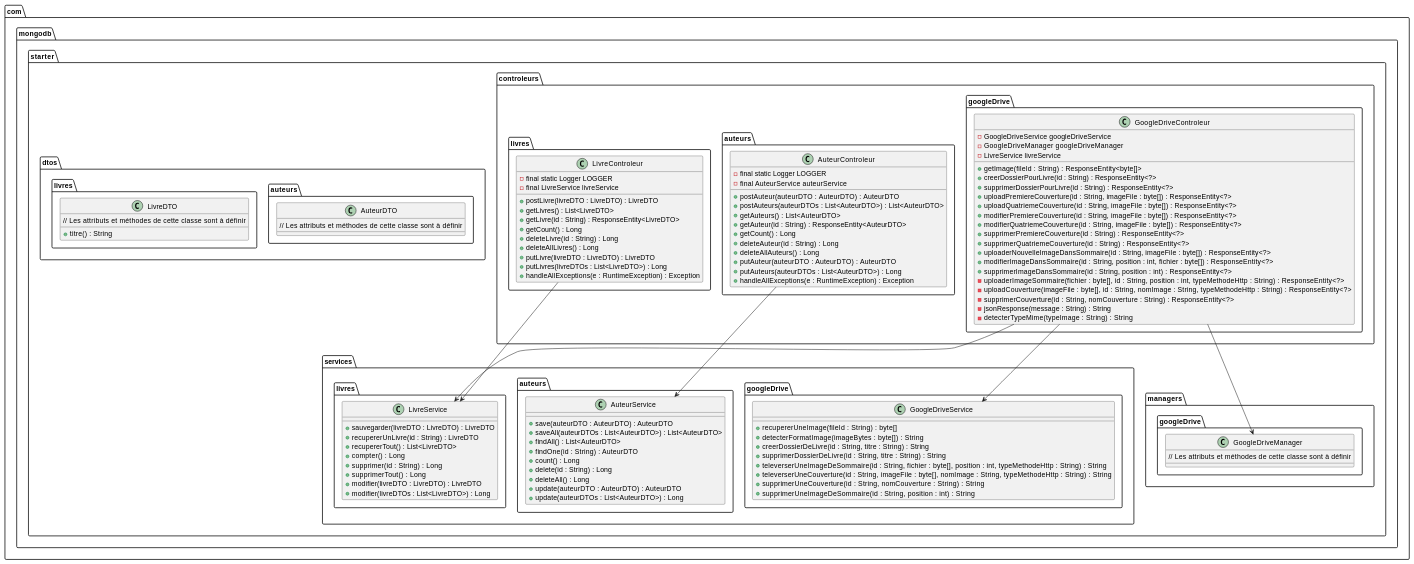
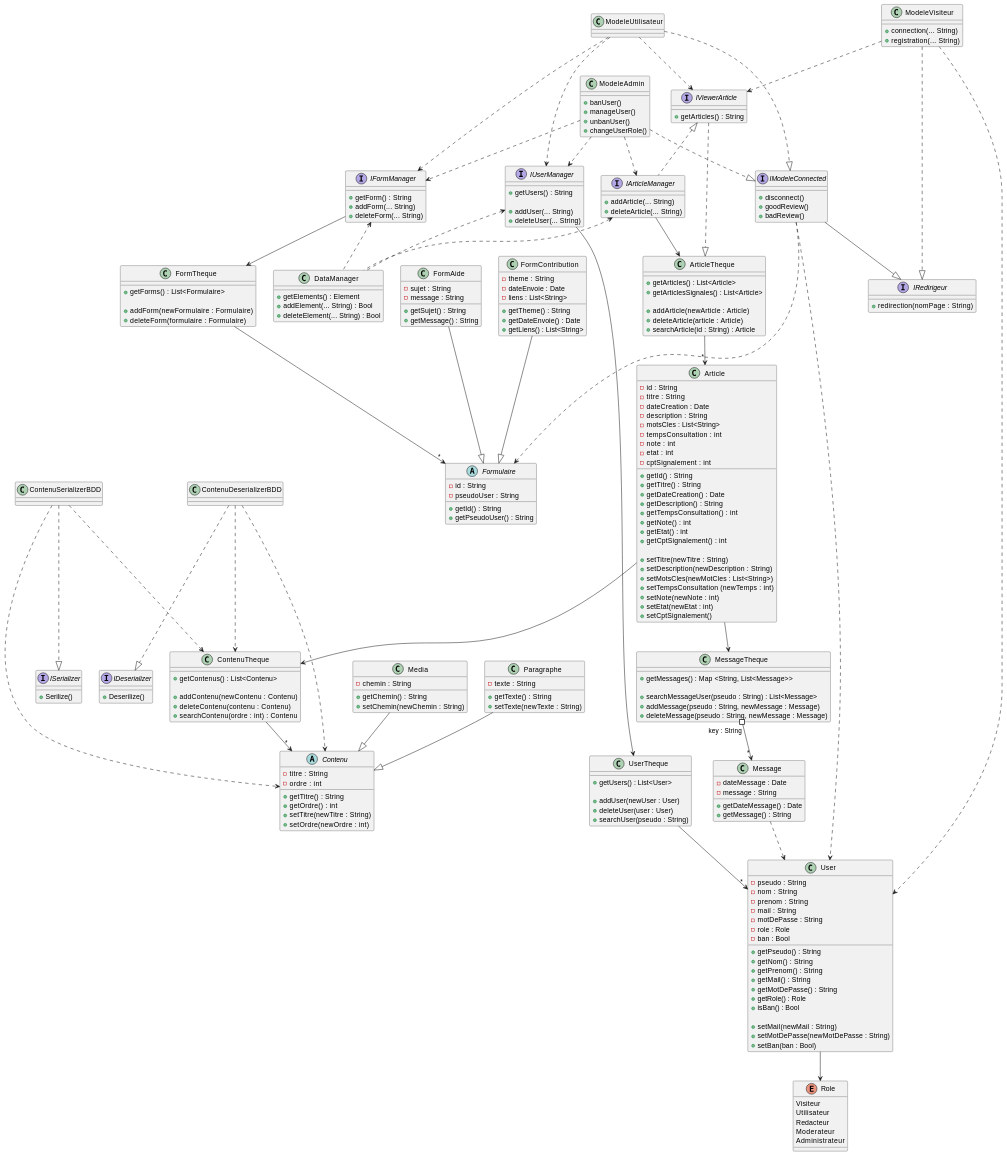
Before and after one commit to Siwa12100/Archius: the diagram in src/ioa/diagclasses.md, drawn with PlantUML. The commit also changed other lines of this file and 1 other file, not shown here.

````diff
--- a/src/ioa/diagclasses.md
+++ b/src/ioa/diagclasses.md
@@ -1,126 +2,278 @@
+```plantuml
 @startuml
 
-package com.mongodb.starter.controleurs.auteurs {
-    class AuteurControleur {
-        - final static Logger LOGGER
-        - final AuteurService auteurService
-        + postAuteur(auteurDTO : AuteurDTO) : AuteurDTO
-        + postAuteurs(auteurDTOs : List<AuteurDTO>) : List<AuteurDTO>
-        + getAuteurs() : List<AuteurDTO>
-        + getAuteur(id : String) : ResponseEntity<AuteurDTO>
-        + getCount() : Long
-        + deleteAuteur(id : String) : Long
-        + deleteAllAuteurs() : Long
-        + putAuteur(auteurDTO : AuteurDTO) : AuteurDTO
-        + putAuteurs(auteurDTOs : List<AuteurDTO>) : Long
-        + handleAllExceptions(e : RuntimeException) : Exception
-    }
+class ContenuTheque{
+    + getContenus() : List<Contenu>
+
+    + addContenu(newContenu : Contenu)
+    + deleteContenu(contenu : Contenu)
+    + searchContenu(ordre : int) : Contenu
 }
 
-package com.mongodb.starter.controleurs.googleDrive {
-    class GoogleDriveControleur {
-        - GoogleDriveService googleDriveService
-        - GoogleDriveManager googleDriveManager
-        - LivreService livreService
-        + getImage(fileId : String) : ResponseEntity<byte[]>
-        + creerDossierPourLivre(id : String) : ResponseEntity<?>
-        + supprimerDossierPourLivre(id : String) : ResponseEntity<?>
-        + uploadPremiereCouverture(id : String, imageFile : byte[]) : ResponseEntity<?>
-        + uploadQuatriemeCouverture(id : String, imageFile : byte[]) : ResponseEntity<?>
-        + modifierPremiereCouverture(id : String, imageFile : byte[]) : ResponseEntity<?>
-        + modifierQuatriemeCouverture(id : String, imageFile : byte[]) : ResponseEntity<?>
-        + supprimerPremiereCouverture(id : String) : ResponseEntity<?>
-        + supprimerQuatriemeCouverture(id : String) : ResponseEntity<?>
-        + uploaderNouvelleImageDansSommaire(id : String, imageFile : byte[]) : ResponseEntity<?>
-        + modifierImageDansSommaire(id : String, position : int, fichier : byte[]) : ResponseEntity<?>
-        + supprimerImageDansSommaire(id : String, position : int) : ResponseEntity<?>
-        - uploaderImageSommaire(fichier : byte[], id : String, position : int, typeMethodeHttp : String) : ResponseEntity<?>
-        - uploadCouverture(imageFile : byte[], id : String, nomImage : String, typeMethodeHttp : String) : ResponseEntity<?>
-        - supprimerCouverture(id : String, nomCouverture : String) : ResponseEntity<?>
-        - jsonResponse(message : String) : String
-        - detecterTypeMime(typeImage : String) : String
-    }
+abstract class Contenu{
+    - titre : String
+    - ordre : int
+    
+    + getTitre() : String
+    + getOrdre() : int
+    + setTitre(newTitre : String)
+    + setOrdre(newOrdre : int)
 }
 
-package com.mongodb.starter.controleurs.livres {
-    class LivreControleur {
-        - final static Logger LOGGER
-        - final LivreService livreService
-        + postLivre(livreDTO : LivreDTO) : LivreDTO
-        + getLivres() : List<LivreDTO>
-        + getLivre(id : String) : ResponseEntity<LivreDTO>
-        + getCount() : Long
-        + deleteLivre(id : String) : Long
-        + deleteAllLivres() : Long
-        + putLivre(livreDTO : LivreDTO) : LivreDTO
-        + putLivres(livreDTOs : List<LivreDTO>) : Long
-        + handleAllExceptions(e : RuntimeException) : Exception
-    }
+class Media{
+    - chemin : String
+
+    + getChemin() : String
+    + setChemin(newChemin : String)
 }
 
-package com.mongodb.starter.dtos.auteurs {
-    class AuteurDTO {
-        // Les attributs et méthodes de cette classe sont à définir
-    }
+class Paragraphe{
+    - texte : String
+
+    + getTexte() : String
+    + setTexte(newTexte : String)
 }
 
-package com.mongodb.starter.services.auteurs {
-    class AuteurService {
-        + save(auteurDTO : AuteurDTO) : AuteurDTO
-        + saveAll(auteurDTOs : List<AuteurDTO>) : List<AuteurDTO>
-        + findAll() : List<AuteurDTO>
-        + findOne(id : String) : AuteurDTO
-        + count() : Long
-        + delete(id : String) : Long
-        + deleteAll() : Long
-        + update(auteurDTO : AuteurDTO) : AuteurDTO
-        + update(auteurDTOs : List<AuteurDTO>) : Long
-    }
+class Article{
+    - id : String
+    - titre : String
+    - dateCreation : Date
+    - description : String
+    - motsCles : List<String>
+    - tempsConsultation : int
+    - note : int
+    - etat : int
+    - cptSignalement : int
+
+    + getId() : String
+    + getTitre() : String
+    + getDateCreation() : Date
+    + getDescription() : String
+    + getTempsConsultation() : int
+    + getNote() : int
+    + getEtat() : int
+    + getCptSignalement() : int
+
+    + setTitre(newTitre : String)
+    + setDescription(newDescription : String)
+    + setMotsCles(newMotCles : List<String>)
+    + setTempsConsultation (newTemps : int)
+    + setNote(newNote : int)
+    + setEtat(newEtat : int)
+    + setCptSignalement()
 }
 
-package com.mongodb.starter.services.googleDrive {
-    class GoogleDriveService {
-        + recupererUneImage(fileId : String) : byte[]
-        + detecterFormatImage(imageBytes : byte[]) : String
-        + creerDossierDeLivre(id : String, titre : String) : String
-        + supprimerDossierDeLivre(id : String, titre : String) : String
-        + televerserUneImageDeSommaire(id : String, fichier : byte[], position : int, typeMethodeHttp : String) : String
-        + televerserUneCouverture(id : String, imageFile : byte[], nomImage : String, typeMethodeHttp : String) : String
-        + supprimerUneCouverture(id : String, nomCouverture : String) : String
-        + supprimerUneImageDeSommaire(id : String, position : int) : String
-    }
+class ArticleTheque{
+    + getArticles() : List<Article>
+    + getArticlesSignales() : List<Article>
+
+    + addArticle(newArticle : Article)
+    + deleteArticle(article : Article)
+    + searchArticle(id : String) : Article
 }
 
-package com.mongodb.starter.managers.googleDrive {
-    class GoogleDriveManager {
-        // Les attributs et méthodes de cette classe sont à définir
-    }
+class MessageTheque{
+    + getMessages() : Map <String, List<Message>>
+
+    + searchMessageUser(pseudo : String) : List<Message>
+    + addMessage(pseudo : String, newMessage : Message)
+    + deleteMessage(pseudo : String, newMessage : Message)
 }
 
-package com.mongodb.starter.dtos.livres {
-    class LivreDTO {
-        // Les attributs et méthodes de cette classe sont à définir
-        + titre() : String
-    }
+class Message{
+    - dateMessage : Date
+    - message : String
+
+    + getDateMessage() : Date
+    + getMessage() : String
 }
 
-package com.mongodb.starter.services.livres {
-    class LivreService {
-        + sauvegarder(livreDTO : LivreDTO) : LivreDTO
-        + recupererUnLivre(id : String) : LivreDTO
-        + recupererTout() : List<LivreDTO>
-        + compter() : Long
-        + supprimer(id : String) : Long
-        + supprimerTout() : Long
-        + modifier(livreDTO : LivreDTO) : LivreDTO
-        + modifier(livreDTOs : List<LivreDTO>) : Long
-    }
+class User{
+    - pseudo : String
+    - nom : String
+    - prenom : String
+    - mail : String
+    - motDePasse : String
+    - role : Role
+    - ban : Bool
+
+    + getPseudo() : String
+    + getNom() : String
+    + getPrenom() : String
+    + getMail() : String
+    + getMotDePasse() : String
+    + getRole() : Role
+    + isBan() : Bool
+    
+    + setMail(newMail : String)
+    + setMotDePasse(newMotDePasse : String)
+    + setBan(ban : Bool)
 }
 
-AuteurControleur --> AuteurService
-GoogleDriveControleur --> GoogleDriveService
-GoogleDriveControleur --> GoogleDriveManager
-GoogleDriveControleur --> LivreService
-LivreControleur --> LivreService
+class UserTheque{
+    + getUsers() : List<User>
+
+    + addUser(newUser : User)
+    + deleteUser(user : User)
+    + searchUser(pseudo : String)
+}
+
+enum Role{
+    Visiteur
+    Utilisateur
+    Redacteur
+    Moderateur
+    Administrateur
+}
+
+class FormTheque{
+    + getForms() : List<Formulaire>
+    
+    + addForm(newFormulaire : Formulaire)
+    + deleteForm(formulaire : Formulaire)
+}
+
+abstract Formulaire{
+    - id : String
+    - pseudoUser : String
+
+    + getId() : String
+    + getPseudoUser() : String
+}
+
+class FormAide{
+    - sujet : String
+    - message : String
+
+    + getSujet() : String
+    + getMessage() : String
+}
+
+class FormContribution{
+    - theme : String
+    - dateEnvoie : Date
+    - liens : List<String> 
+
+    + getTheme() : String
+    + getDateEnvoie() : Date
+    + getLiens() : List<String>
+}
+
+interface IRedirigeur{
+    + redirection(nomPage : String)
+}
+
+class ModeleVisiteur{
+    + connection(... String)
+    + registration(... String)
+}
+
+interface IModeleConnected {
+    + disconnect()
+    + goodReview()
+    + badReview()
+}
+
+class ModeleUtilisateur{
+}
+
+class ModeleAdmin{
+    + banUser()
+    + manageUser()
+    + unbanUser()
+    + changeUserRole()
+}
+
+interface IFormManager{
+    + getForm() : String
+    + addForm(... String)
+    + deleteForm(... String)
+}
+
+interface IUserManager{
+    + getUsers() : String
+
+    + addUser(... String)
+    + deleteUser(... String)
+}
+
+interface IArticleManager{
+    + addArticle(... String)
+    + deleteArticle(... String)
+}
+interface IViewerArticle{
+    + getArticles() : String
+}
+
+class DataManager{
+    + getElements() : Element
+    + addElement(... String) : Bool
+    + deleteElement(... String) : Bool
+}
+
+interface ISerializer{
+    + Serilize()
+}
+
+interface IDeserializer{
+    + Deserilize()
+}
+
+Media --|> Contenu
+Paragraphe --|> Contenu
+ContenuTheque --> "*" Contenu
+
+Article --> ContenuTheque
+ArticleTheque --> "*" Article
+
+Article --> MessageTheque
+
+Message ..> User
+
+User --> Role
+UserTheque --> "*" User
+
+MessageTheque "key : String" #--> "*" Message
+
+IUserManager <.. DataManager
+IFormManager <.. DataManager
+IArticleManager <.. DataManager
+
+IArticleManager --> ArticleTheque
+IFormManager --> FormTheque
+IUserManager --> UserTheque
+
+ModeleVisiteur ..> User
+ModeleVisiteur ..> IViewerArticle
+IViewerArticle <|.. IArticleManager
+IViewerArticle ..|> ArticleTheque
+
+ModeleUtilisateur ..> IUserManager
+ModeleUtilisateur ..> IViewerArticle
+ModeleUtilisateur ..> IFormManager
+IModeleConnected ..> Formulaire
+
+ModeleAdmin ..> IUserManager
+ModeleAdmin ..> IArticleManager
+ModeleAdmin ..> IFormManager
+
+FormTheque --> "*" Formulaire
+FormAide --|> Formulaire
+FormContribution --|> Formulaire
+
+IModeleConnected --|> IRedirigeur
+IModeleConnected ..> User
+ModeleVisiteur ..|> IRedirigeur
+ModeleAdmin ..|> IModeleConnected
+ModeleUtilisateur ..|> IModeleConnected
+
+ContenuSerializerBDD ..|> ISerializer
+ContenuDeserializerBDD ..|> IDeserializer
+ContenuDeserializerBDD ..> ContenuTheque
+ContenuSerializerBDD ..> ContenuTheque
+ContenuDeserializerBDD ..> Contenu
+ContenuSerializerBDD ..> Contenu
 
 @enduml
+
+```
````
